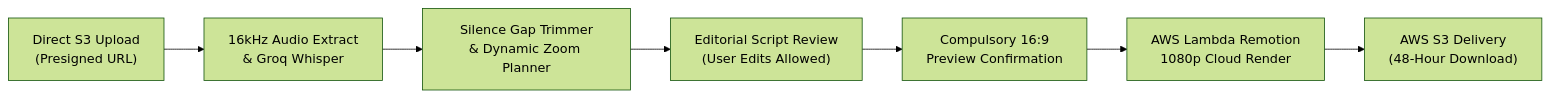
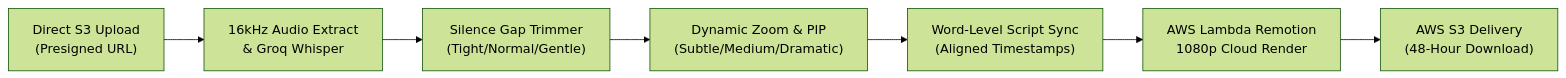
The diagram in docs/video-types/ai-video-polisher.md (itnavideo/itnavideo), drawn with Mermaid (forest theme) before and after one commit. The commit also changed other lines of this file and 223 other files, not shown here.

````diff
--- a/docs/video-types/ai-video-polisher.md
+++ b/docs/video-types/ai-video-polisher.md
@@ -65,9 +71,9 @@
 ```mermaid
 flowchart LR
     A["Direct S3 Upload<br/>(Presigned URL)"] --> B["16kHz Audio Extract<br/>& Groq Whisper"]
-    B --> C["Silence Gap Trimmer<br/>& Dynamic Zoom Planner"]
-    C --> D["Editorial Script Review<br/>(User Edits Allowed)"]
-    D --> E["Compulsory 16:9<br/>Preview Confirmation"]
+    B --> C["Silence Gap Trimmer<br/>(Tight/Normal/Gentle)"]
+    C --> D["Dynamic Zoom & PIP<br/>(Subtle/Medium/Dramatic)"]
+    D --> E["Word-Level Script Sync<br/>(Aligned Timestamps)"]
     E --> F["AWS Lambda Remotion<br/>1080p Cloud Render"]
     F --> G["AWS S3 Delivery<br/>(48-Hour Download)"]
 ```
````
